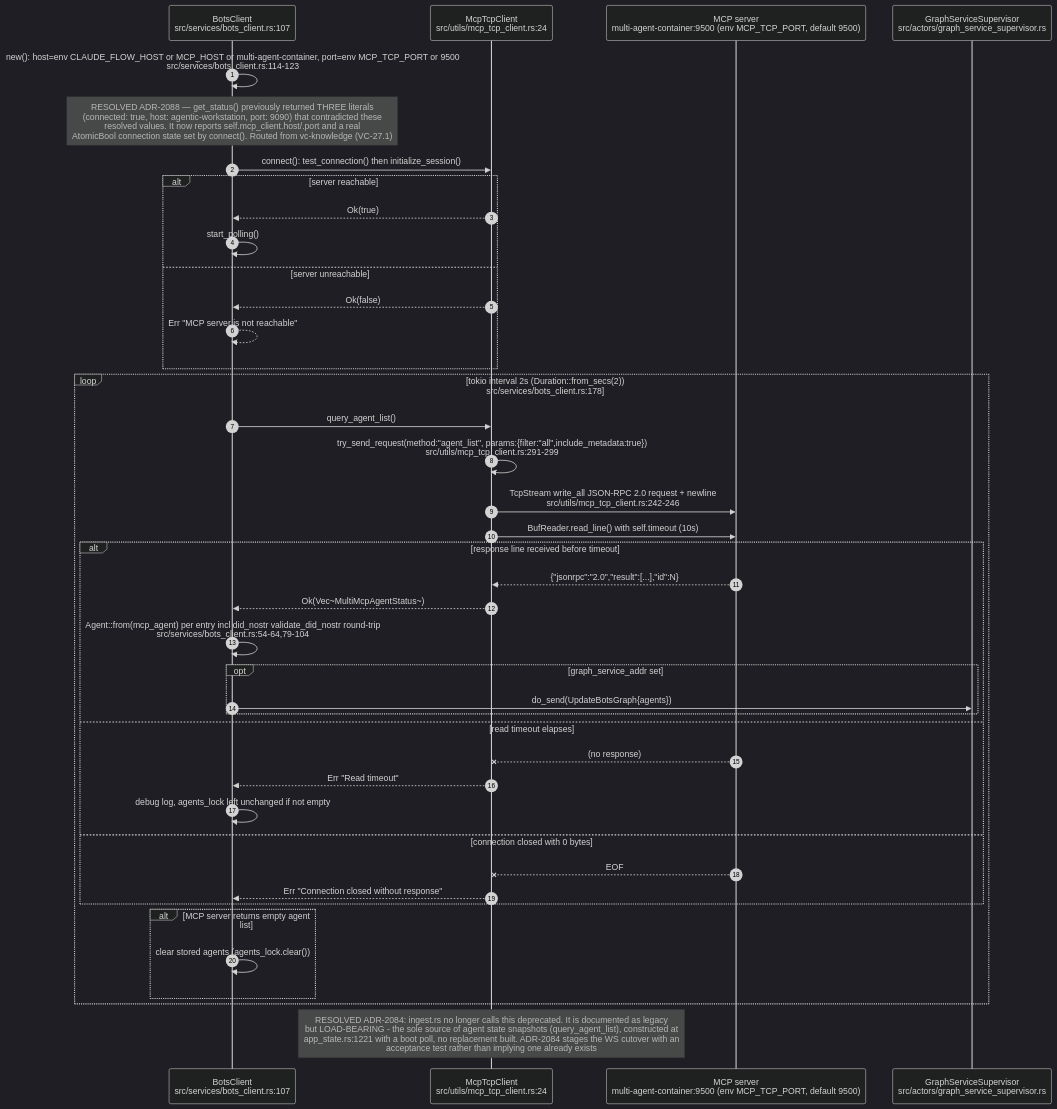
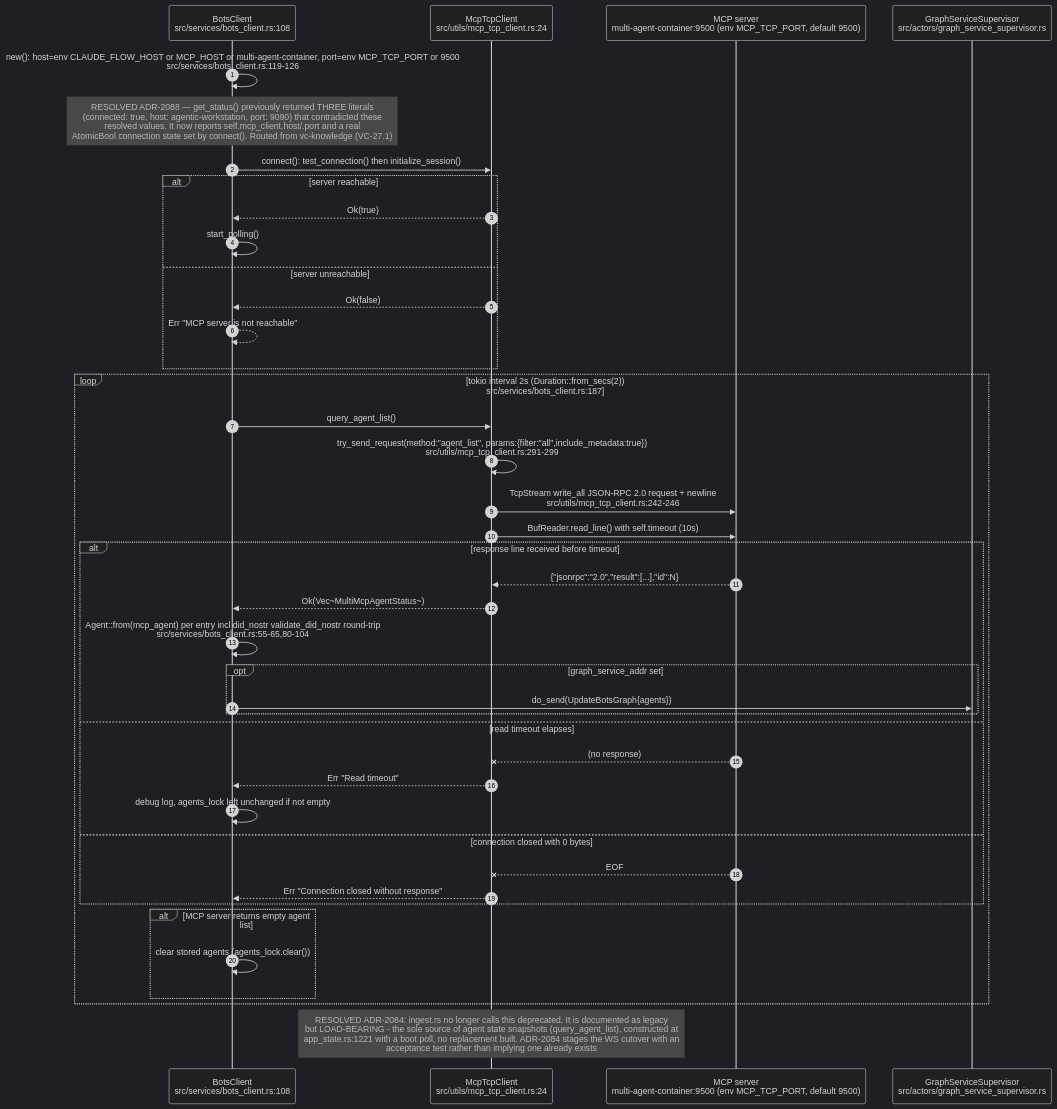
Before and after one commit to DreamLab-AI/VisionFlow: the eighth of 12 diagrams in docs/diagrams/estate/02-agent-events-agentbox-to-visionclaw.md, drawn with Mermaid (dark theme). The commit also changed other lines of this file and 94 other files, not shown here.

First line of the commit message:
docs(diagrams): re-verify 130 topics against 2 October HEADs

````diff
--- a/docs/diagrams/estate/02-agent-events-agentbox-to-visionclaw.md
+++ b/docs/diagrams/estate/02-agent-events-agentbox-to-visionclaw.md
@@ -355,44 +355,44 @@
 ```mermaid
 sequenceDiagram
     autonumber
-    participant BC as BotsClient<br/>src/services/bots_client.rs:107
+    participant BC as BotsClient<br/>src/services/bots_client.rs:108
     participant TCP as McpTcpClient<br/>src/utils/mcp_tcp_client.rs:24
     participant SRV as MCP server<br/>multi-agent-container:9500 (env MCP_TCP_PORT, default 9500)
     participant GSS as GraphServiceSupervisor<br/>src/actors/graph_service_supervisor.rs
 
-    BC->>BC: new(): host=env CLAUDE_FLOW_HOST or MCP_HOST or multi-agent-container, port=env MCP_TCP_PORT or 9500<br/>src/services/bots_client.rs:114-123
+    BC->>BC: new(): host=env CLAUDE_FLOW_HOST or MCP_HOST or multi-agent-container, port=env MCP_TCP_PORT or 9500<br/>src/services/bots_client.rs:119-126
     Note over BC: RESOLVED ADR-2088 — get_status() previously returned THREE literals<br/>(connected: true, host: agentic-workstation, port: 9090) that contradicted these<br/>resolved values. It now reports self.mcp_client.host/.port and a real<br/>AtomicBool connection state set by connect(). Routed from vc-knowledge (VC-27.1)
     BC->>TCP: connect(): test_connection() then initialize_session()
     alt server reachable
         TCP-->>BC: Ok(true)
         BC->>BC: start_polling()
     else server unreachable
         TCP-->>BC: Ok(false)
         BC-->>BC: Err "MCP server is not reachable"
     end
-    loop tokio interval 2s (Duration::from_secs(2))<br/>src/services/bots_client.rs:178
+    loop tokio interval 2s (Duration::from_secs(2))<br/>src/services/bots_client.rs:187
         BC->>TCP: query_agent_list()
         TCP->>TCP: try_send_request(method:"agent_list", params:{filter:"all",include_metadata:true})<br/>src/utils/mcp_tcp_client.rs:291-299
         TCP->>SRV: TcpStream write_all JSON-RPC 2.0 request + newline<br/>src/utils/mcp_tcp_client.rs:242-246
         TCP->>SRV: BufReader.read_line() with self.timeout (10s)
         alt response line received before timeout
             SRV-->>TCP: {"jsonrpc":"2.0","result":[...],"id":N}
             TCP-->>BC: Ok(Vec~MultiMcpAgentStatus~)
-            BC->>BC: Agent::from(mcp_agent) per entry incl did_nostr validate_did_nostr round-trip<br/>src/services/bots_client.rs:54-64,79-104
+            BC->>BC: Agent::from(mcp_agent) per entry incl did_nostr validate_did_nostr round-trip<br/>src/services/bots_client.rs:55-65,80-104
             opt graph_service_addr set
                 BC->>GSS: do_send(UpdateBotsGraph{agents})
             end
         else read timeout elapses
             SRV--xTCP: (no response)
             TCP-->>BC: Err "Read timeout"
             BC->>BC: debug log, agents_lock left unchanged if not empty
         else connection closed with 0 bytes
             SRV--xTCP: EOF
             TCP-->>BC: Err "Connection closed without response"
         end
         alt MCP server returns empty agent list
             BC->>BC: clear stored agents (agents_lock.clear())
         end
     end
     Note over TCP: RESOLVED ADR-2084: ingest.rs no longer calls this deprecated. It is documented as legacy<br/>but LOAD-BEARING - the sole source of agent state snapshots (query_agent_list), constructed at<br/>app_state.rs:1221 with a boot poll, no replacement built. ADR-2084 stages the WS cutover with an<br/>acceptance test rather than implying one already exists
 ```
````
